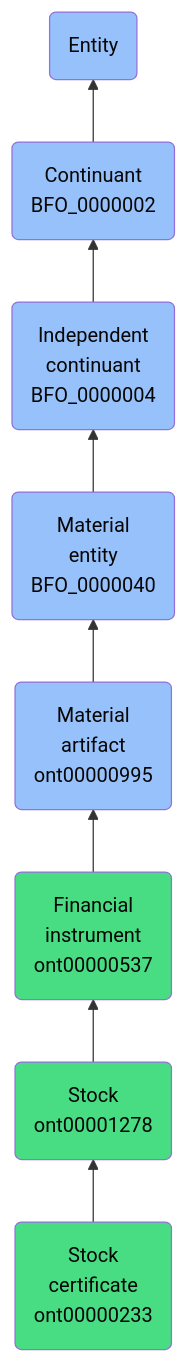
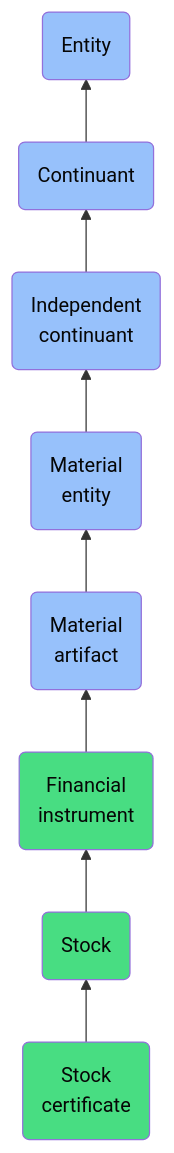
The diagram in docs/ontology/reference/model/Entity/Continuant/Independent continuant/Material entity/Material artifact/Financial instrument/Stock/Stock certificate/Stock certificate.md (jupyter-naas/abi), drawn with Mermaid before and after one commit. The commit also changed other lines of this file and 1430 other files, not shown here.

````diff
--- a/docs/ontology/reference/model/Entity/Continuant/Independent continuant/Material entity/Material artifact/Financial instrument/Stock/Stock certificate/Stock certificate.md
+++ b/docs/ontology/reference/model/Entity/Continuant/Independent continuant/Material entity/Material artifact/Financial instrument/Stock/Stock certificate/Stock certificate.md
@@ -24,15 +24,15 @@
 ```mermaid
 graph BT
-    ont00000233(Stock<br>certificate<br>ont00000233):::ABI-->ont00001278
-    ont00001278(Stock<br>ont00001278):::ABI-->ont00000537
-    ont00000537(Financial<br>instrument<br>ont00000537):::ABI-->ont00000995
-    ont00000995(Material<br>artifact<br>ont00000995):::BFO-->BFO_0000040
-    BFO_0000040(Material<br>entity<br>BFO_0000040):::BFO-->BFO_0000004
-    BFO_0000004(Independent<br>continuant<br>BFO_0000004):::BFO-->BFO_0000002
-    BFO_0000002(Continuant<br>BFO_0000002):::BFO-->BFO_0000001
+    ont00000233(Stock<br>certificate):::ABI-->ont00001278
+    ont00001278(Stock):::ABI-->ont00000537
+    ont00000537(Financial<br>instrument):::ABI-->ont00000995
+    ont00000995(Material<br>artifact):::BFO-->BFO_0000040
+    BFO_0000040(Material<br>entity):::BFO-->BFO_0000004
+    BFO_0000004(Independent<br>continuant):::BFO-->BFO_0000002
+    BFO_0000002(Continuant):::BFO-->BFO_0000001
     BFO_0000001(Entity):::BFO
     
     classDef BFO fill:#97c1fb,color:#060606
     classDef CCO fill:#e4c51e,color:#060606
     classDef ABI fill:#48DD82,color:#060606
 ```
````
